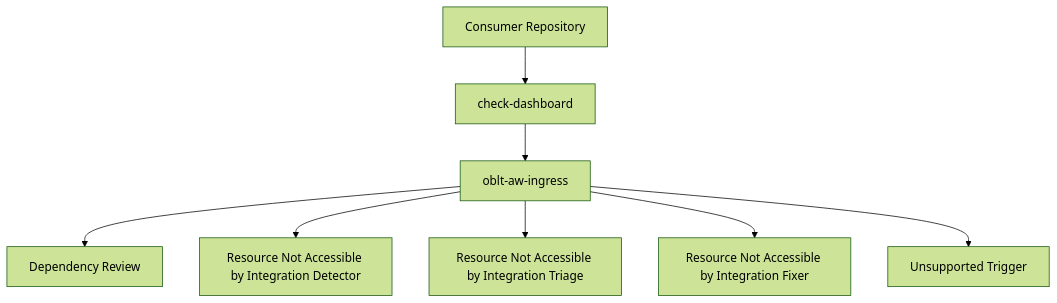
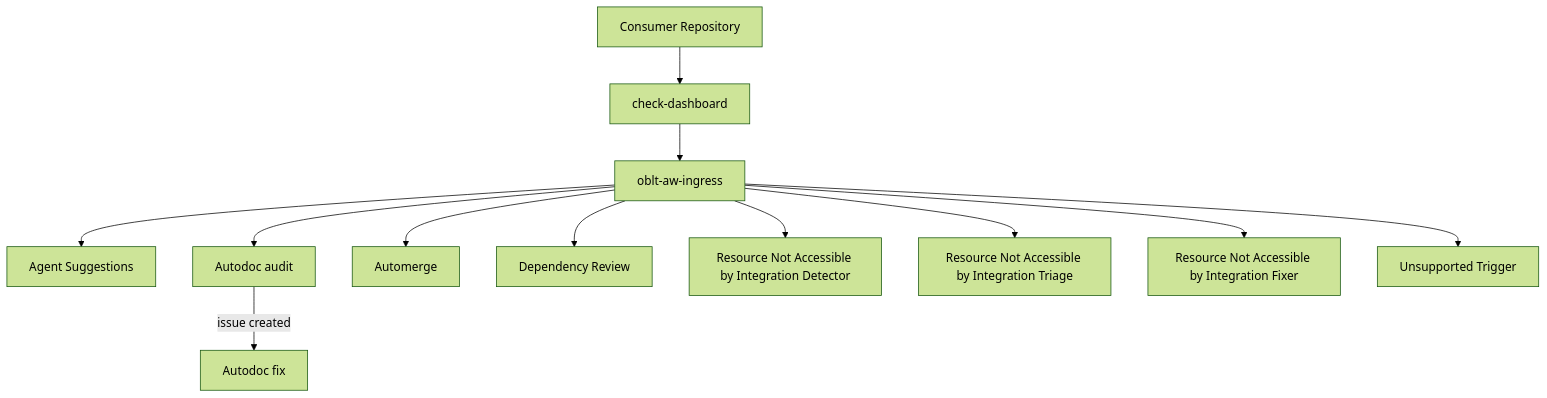
Before and after one commit to elastic/oblt-aw: the diagram in docs/architecture/overview.md, drawn with Mermaid (forest theme). The commit also changed other lines of this file and 3 other files, not shown here.

First line of the commit message:
docs: update autodoc/automerge/ingress routing documentation

````diff
--- a/docs/architecture/overview.md
+++ b/docs/architecture/overview.md
@@ -78,10 +87,14 @@
 ```mermaid
 flowchart TD
   A[Consumer Repository] --> B[check-dashboard]
   B --> C[oblt-aw-ingress]
+  C --> AG[Agent Suggestions]
+  C --> AD[Autodoc audit]
+  AD -->|issue created| AF[Autodoc fix]
+  C --> AM[Automerge]
   C --> D[Dependency Review]
   C --> E[Resource Not Accessible by Integration Detector]
   C --> F[Resource Not Accessible by Integration Triage]
   C --> G[Resource Not Accessible by Integration Fixer]
   C --> X[Unsupported Trigger]
 ```
````
